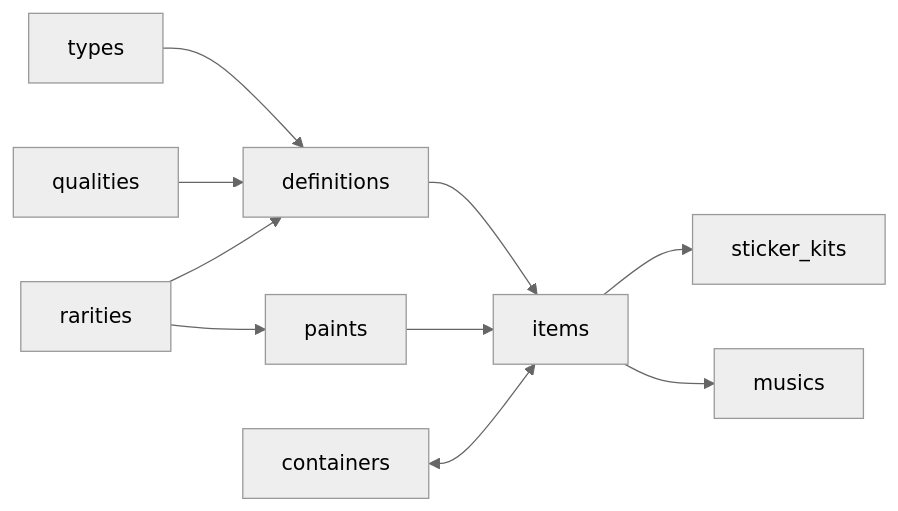
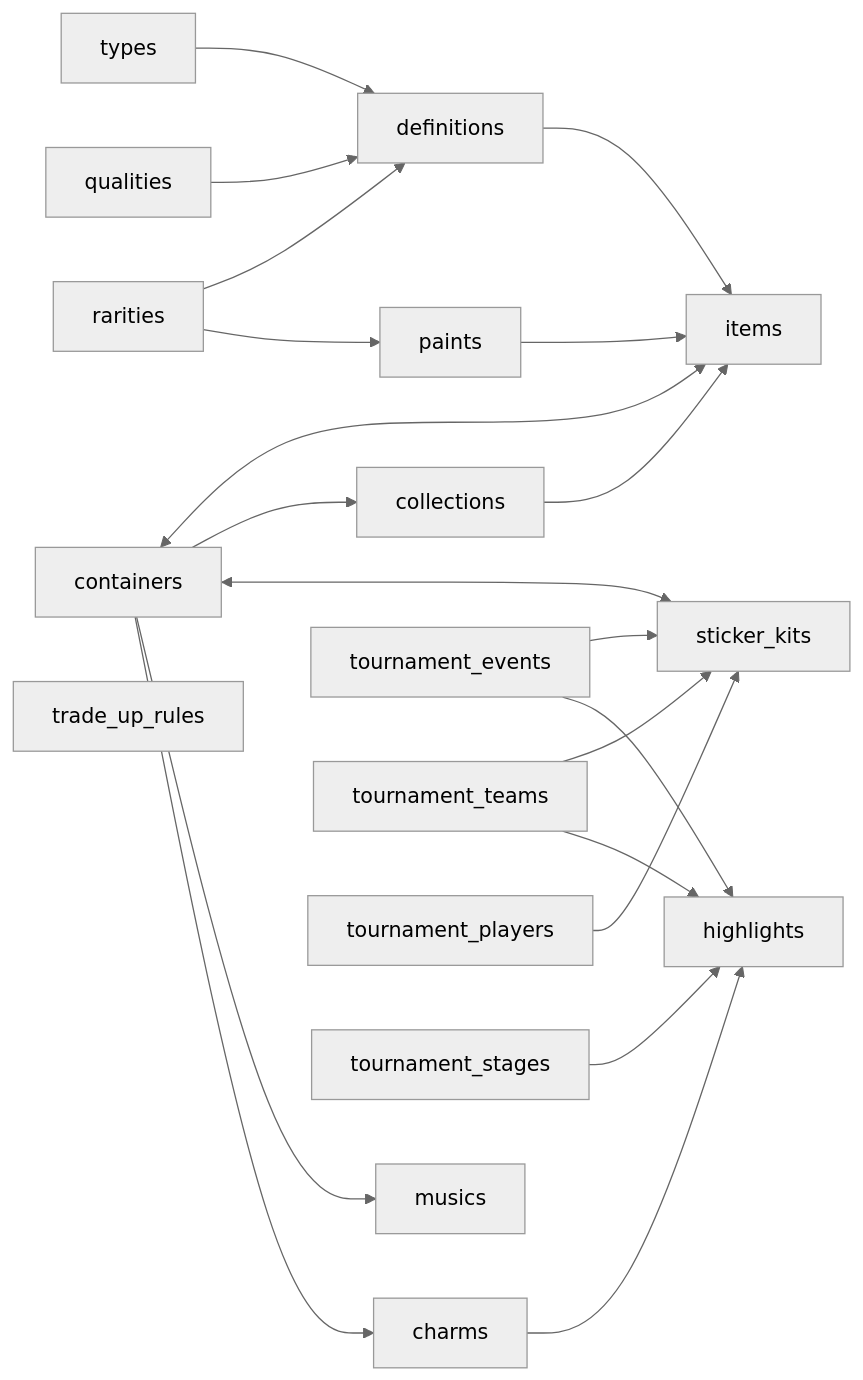
The first of 2 diagrams in README.md (somespecialone/cs2-items-schema), drawn with Mermaid (neutral theme) before and after one commit. The commit also changed other lines of this file and 10 other files, not shown here.

Commit message:
refactor(schema): include previously missed data

````diff
--- a/README.md
+++ b/README.md
@@ -26,12 +26,23 @@
 ```mermaid
 flowchart LR
     types[types] --> definitions[definitions]
     qualities[qualities] --> definitions
     rarities[rarities] --> definitions
     rarities --> paints[paints]
     definitions --> items[items]
     paints --> items
     containers[containers] <--> items
-    items --> sticker_kits[sticker_kits]
-    items --> musics[musics]
+    collections[collections] --> items
+    containers --> collections
+    containers <--> sticker_kits[sticker_kits]
+    containers --> musics[musics]
+    containers --> charms[charms]
+    charms --> highlights[highlights]
+    tournament_events[tournament_events] --> sticker_kits
+    tournament_events --> highlights
+    tournament_teams[tournament_teams] --> sticker_kits
+    tournament_teams --> highlights
+    tournament_players[tournament_players] --> sticker_kits
+    tournament_stages[tournament_stages] --> highlights
+    trade_up_rules[trade_up_rules]
 ```
````
